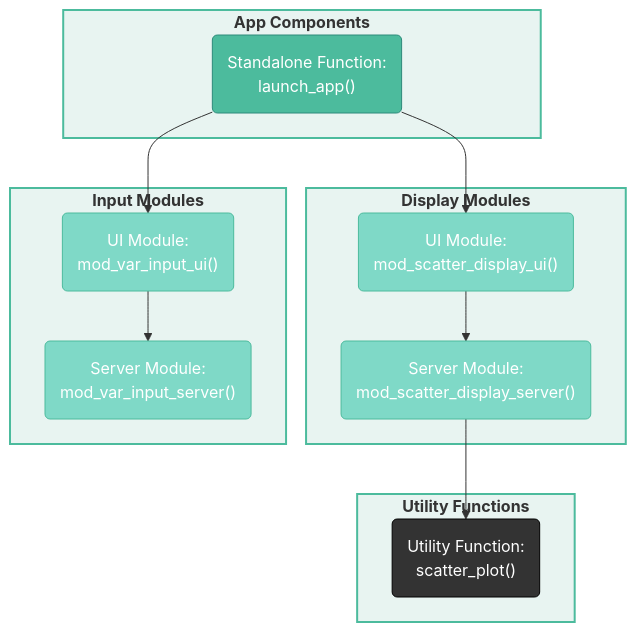
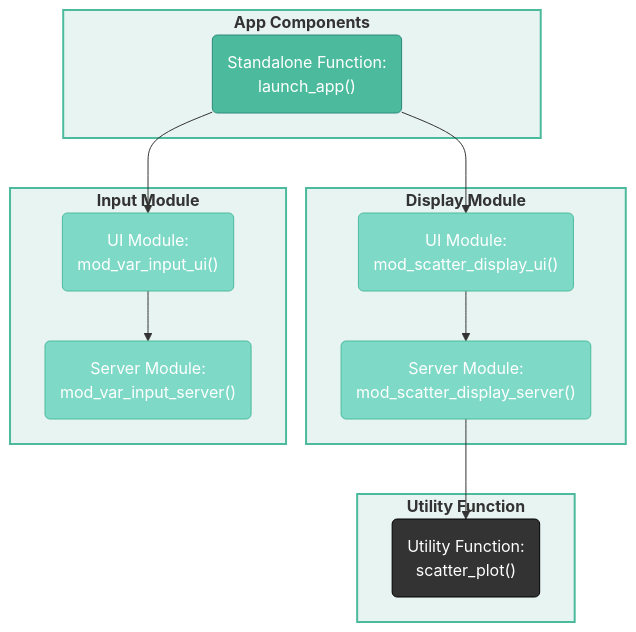
One commit to mjfrigaard/shiny-app-pkgs changed the fourth of 5 diagrams in document.qmd. Above: the diagram before and after it, drawn with Mermaid. The commit also changed other lines of this file and 16 other files, not shown here.

````diff
--- a/document.qmd
+++ b/document.qmd
@@ -730,39 +736,39 @@
 ```{mermaid}
 %%| fig-cap: ‘The `@family` tag’
 %%| fig-align: center
 %%{init: {‘theme’: ‘neutral’, ‘themeVariables’: { ‘fontFamily’: ‘monospace’, "fontSize":"16px"}}}%%
 
 flowchart TD
     subgraph AppCom["<strong>App Components</strong>"]
         launch_app("Standalone Function:<br>launch_app()")
     end
     
-    subgraph Graph["<strong>Display Modules</strong>"]
+    subgraph Graph["<strong>Display Module</strong>"]
         mod_scatter_display_ui("UI Module:<br>mod_scatter_display_ui()")
         mod_scatter_display_server("Server Module:<br>mod_scatter_display_server()")
     end
     
-    subgraph Vars["<strong>Input Modules</strong>"]
+    subgraph Vars["<strong>Input Module</strong>"]
         mod_var_input_ui("UI Module:<br>mod_var_input_ui()")
         mod_var_input_server("Server Module:<br>mod_var_input_server()")
     end
 
-    subgraph Utils["<strong>Utility Functions</strong>"]
+    subgraph Utils["<strong>Utility Function</strong>"]
         scatter_plot("Utility Function:<br>scatter_plot()")
     end
 
     launch_app --> mod_var_input_ui --> mod_var_input_server
     launch_app --> mod_scatter_display_ui --> mod_scatter_display_server --> scatter_plot
 
     style AppCom fill:#e8f4f1,stroke:#4CBB9D,stroke-width:2px
     style Vars fill:#e8f4f1,stroke:#4CBB9D,stroke-width:2px
     style Graph fill:#e8f4f1,stroke:#4CBB9D,stroke-width:2px
     style Utils fill:#e8f4f1,stroke:#4CBB9D,stroke-width:2px
     style launch_app fill:#4CBB9D,color:#fff,stroke:#2d8a7a,stroke-width:1px
     style mod_var_input_ui fill:#7fd9c7,color:#fff,stroke:#4CBB9D,stroke-width:1px
     style mod_var_input_server fill:#7fd9c7,color:#fff,stroke:#4CBB9D,stroke-width:1px
     style mod_scatter_display_ui fill:#7fd9c7,color:#fff,stroke:#4CBB9D,stroke-width:1px
     style mod_scatter_display_server fill:#7fd9c7,color:#fff,stroke:#4CBB9D,stroke-width:1px
     style scatter_plot fill:#333,color:#fff,stroke:#000,stroke-width:1px
     
 ```
````
